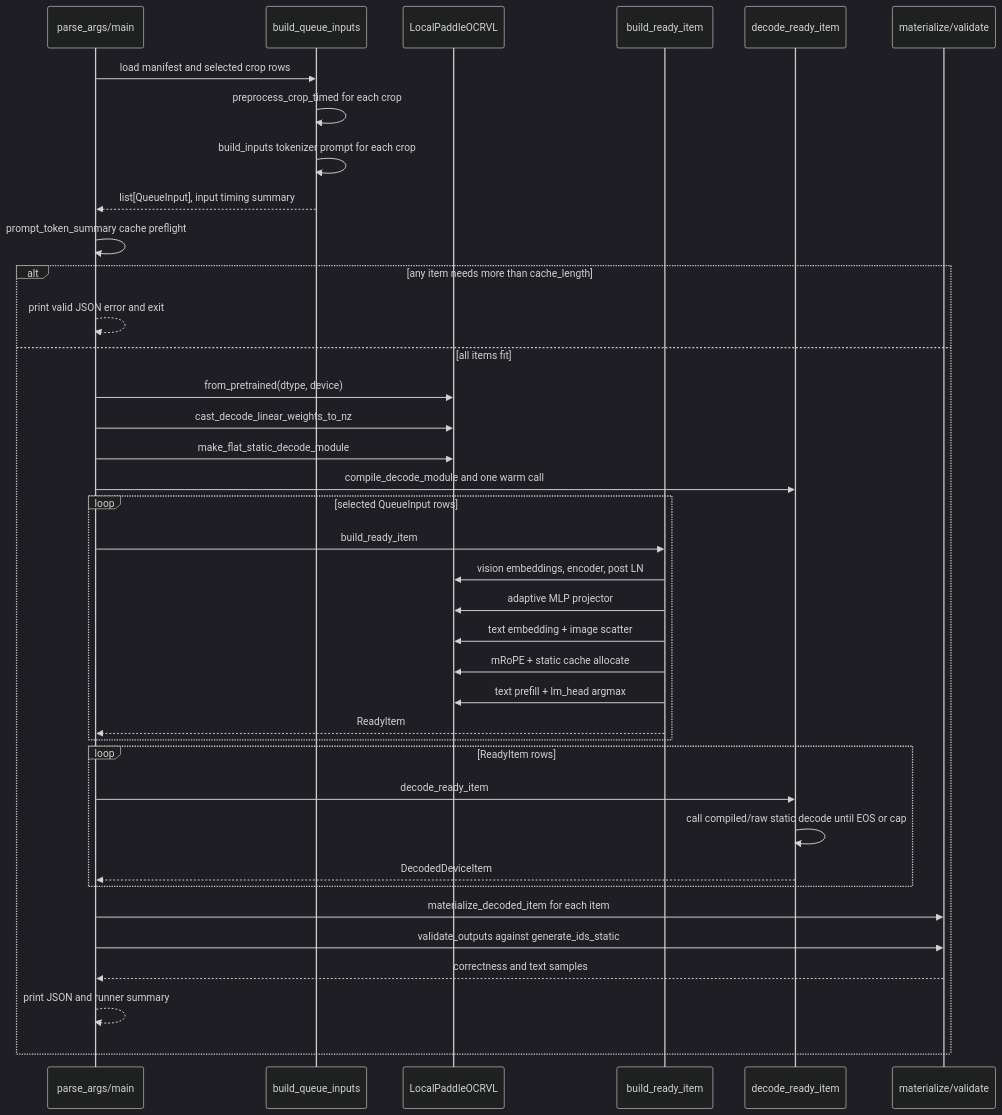
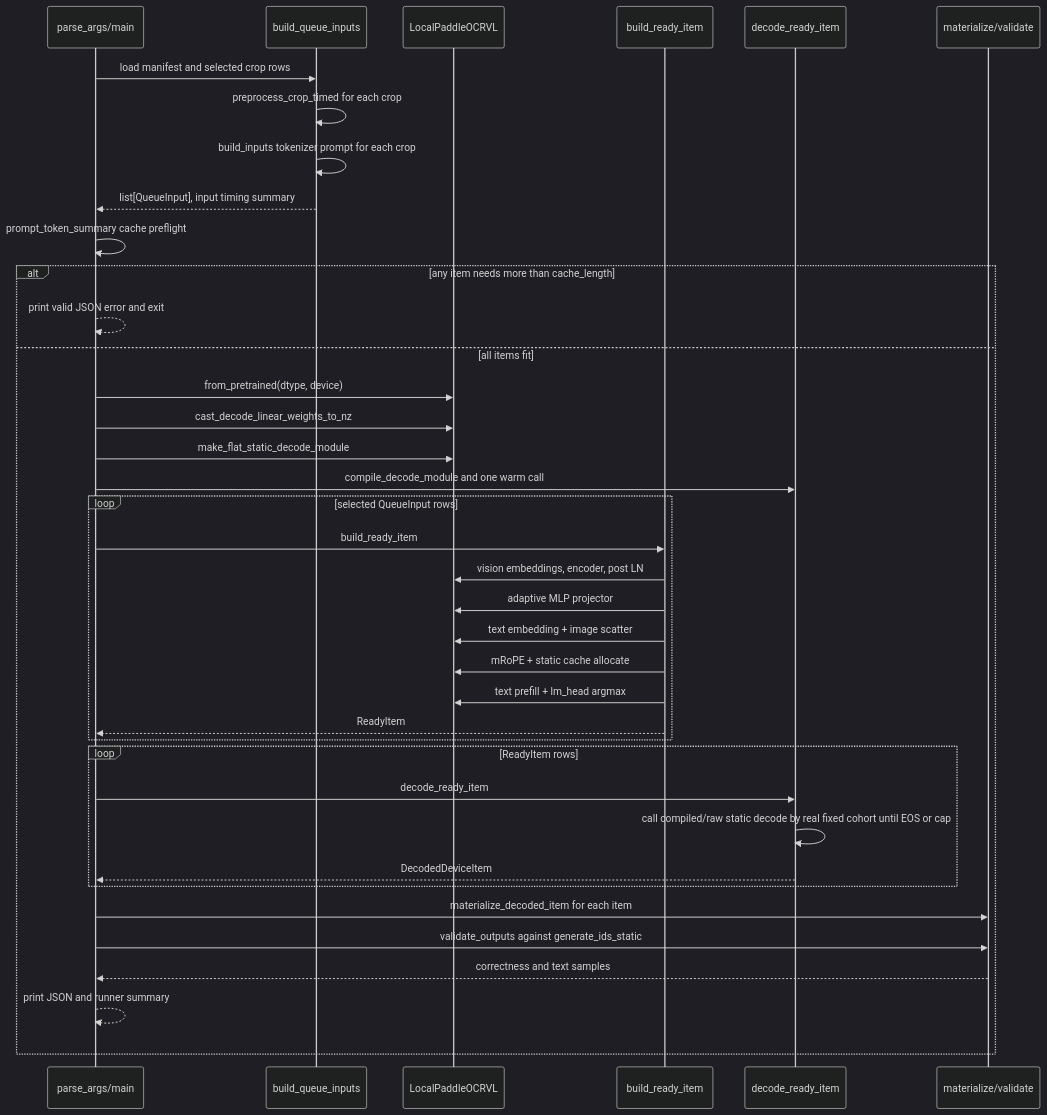
The second of 2 diagrams in 05_full_recognizer_optimizations/QUEUE_BENCHMARK_FLOW.md (lukaIvanic/paddle_ocr_vl_npu), drawn with Mermaid (dark theme) before and after one commit. The commit also changed other lines of this file and 4 other files, not shown here.

````diff
--- a/05_full_recognizer_optimizations/QUEUE_BENCHMARK_FLOW.md
+++ b/05_full_recognizer_optimizations/QUEUE_BENCHMARK_FLOW.md
@@ -51,41 +52,41 @@
 ```mermaid
 sequenceDiagram
     participant CLI as parse_args/main
     participant Inputs as build_queue_inputs
     participant Model as LocalPaddleOCRVL
     participant Ready as build_ready_item
     participant Decode as decode_ready_item
     participant Output as materialize/validate
 
     CLI->>Inputs: load manifest and selected crop rows
     Inputs->>Inputs: preprocess_crop_timed for each crop
     Inputs->>Inputs: build_inputs tokenizer prompt for each crop
     Inputs-->>CLI: list[QueueInput], input timing summary
     CLI->>CLI: prompt_token_summary cache preflight
     alt any item needs more than cache_length
         CLI-->>CLI: print valid JSON error and exit
     else all items fit
         CLI->>Model: from_pretrained(dtype, device)
         CLI->>Model: cast_decode_linear_weights_to_nz
         CLI->>Model: make_flat_static_decode_module
         CLI->>Decode: compile_decode_module and one warm call
         loop selected QueueInput rows
             CLI->>Ready: build_ready_item
             Ready->>Model: vision embeddings, encoder, post LN
             Ready->>Model: adaptive MLP projector
             Ready->>Model: text embedding + image scatter
             Ready->>Model: mRoPE + static cache allocate
             Ready->>Model: text prefill + lm_head argmax
             Ready-->>CLI: ReadyItem
         end
         loop ReadyItem rows
             CLI->>Decode: decode_ready_item
-            Decode->>Decode: call compiled/raw static decode until EOS or cap
+            Decode->>Decode: call compiled/raw static decode by real fixed cohort until EOS or cap
             Decode-->>CLI: DecodedDeviceItem
         end
         CLI->>Output: materialize_decoded_item for each item
         CLI->>Output: validate_outputs against generate_ids_static
         Output-->>CLI: correctness and text samples
         CLI-->>CLI: print JSON and runner summary
     end
 ```
````
